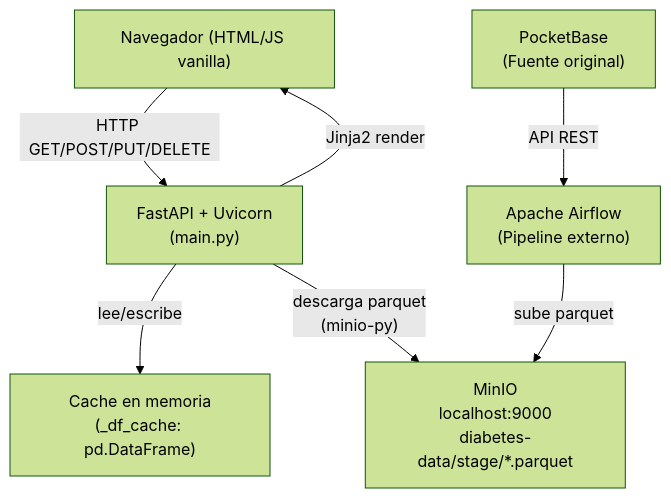
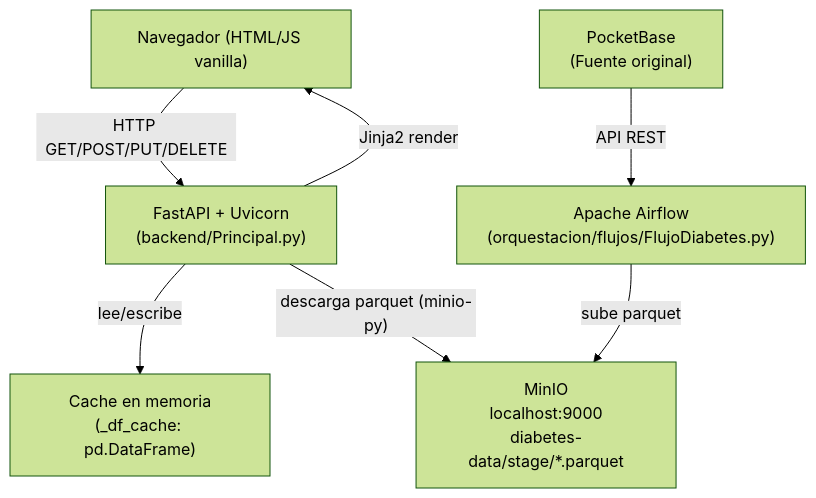
The diagram in .kiro/specs/diabcare-analytics/design.md (Danxxx777/diabcare), drawn with Mermaid (forest theme) before and after one commit. The commit also changed other lines of this file and 2 other files, not shown here.

````diff
--- a/.kiro/specs/diabcare-analytics/design.md
+++ b/.kiro/specs/diabcare-analytics/design.md
@@ -18,16 +16,16 @@
 ```mermaid
 graph TD
     Browser["Navegador (HTML/JS vanilla)"]
-    FastAPI["FastAPI + Uvicorn\n(main.py)"]
+    FastAPI["FastAPI + Uvicorn\n(backend/Principal.py)"]
     Cache["Cache en memoria\n(_df_cache: pd.DataFrame)"]
     MinIO["MinIO\nlocalhost:9000\ndiabetes-data/stage/*.parquet"]
-    Airflow["Apache Airflow\n(Pipeline externo)"]
+    Airflow["Apache Airflow\n(orquestacion/flujos/FlujoDiabetes.py)"]
     PocketBase["PocketBase\n(Fuente original)"]
 
     Browser -- "HTTP GET/POST/PUT/DELETE" --> FastAPI
     FastAPI -- "Jinja2 render" --> Browser
     FastAPI -- "lee/escribe" --> Cache
-    FastAPI -- "descarga parquet\n(minio-py)" --> MinIO
+    FastAPI -- "descarga parquet (minio-py)" --> MinIO
     PocketBase -- "API REST" --> Airflow
     Airflow -- "sube parquet" --> MinIO
 ```
````
